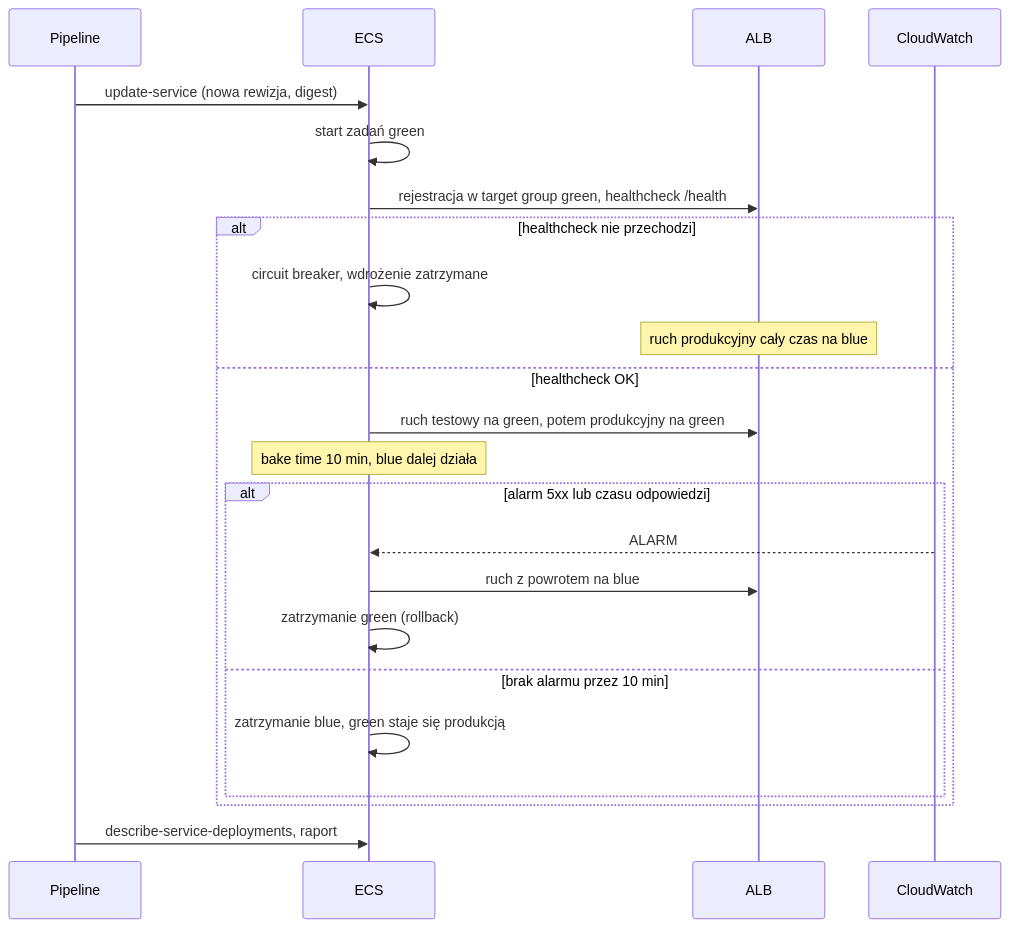
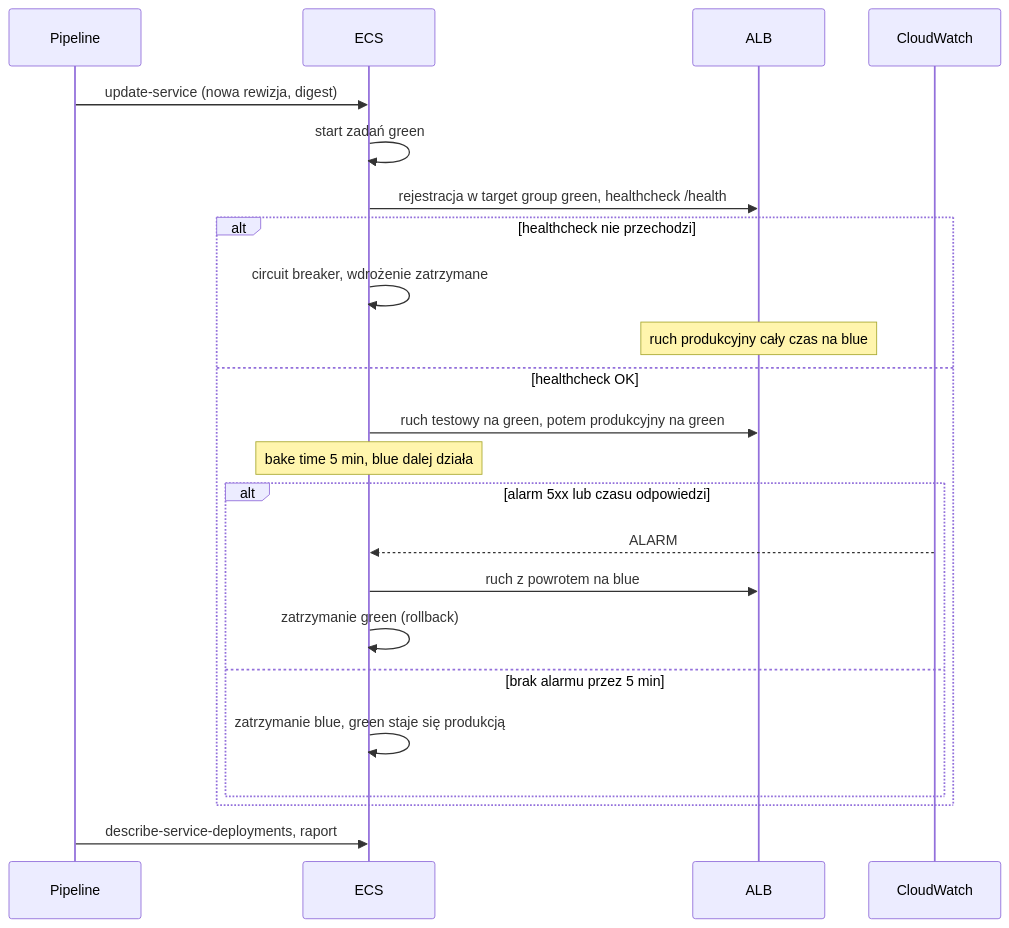
The fourth of 4 diagrams in docs/architecture.md (marcinbator/ecs-supply-chain), drawn with Mermaid before and after one commit. The commit also changed other lines of this file and 10 other files, not shown here.

````diff
--- a/docs/architecture.md
+++ b/docs/architecture.md
@@ -71,25 +68,25 @@
 ```mermaid
 sequenceDiagram
   participant P as Pipeline
   participant E as ECS
   participant A as ALB
   participant C as CloudWatch
   P->>E: update-service (nowa rewizja, digest)
   E->>E: start zadań green
   E->>A: rejestracja w target group green, healthcheck /health
   alt healthcheck nie przechodzi
     E->>E: circuit breaker, wdrożenie zatrzymane
     Note over A: ruch produkcyjny cały czas na blue
   else healthcheck OK
     E->>A: ruch testowy na green, potem produkcyjny na green
-    Note over E: bake time 10 min, blue dalej działa
+    Note over E: bake time 5 min, blue dalej działa
     alt alarm 5xx lub czasu odpowiedzi
       C-->>E: ALARM
       E->>A: ruch z powrotem na blue
       E->>E: zatrzymanie green (rollback)
-    else brak alarmu przez 10 min
+    else brak alarmu przez 5 min
       E->>E: zatrzymanie blue, green staje się produkcją
     end
   end
   P->>E: describe-service-deployments, raport
 ```
````
